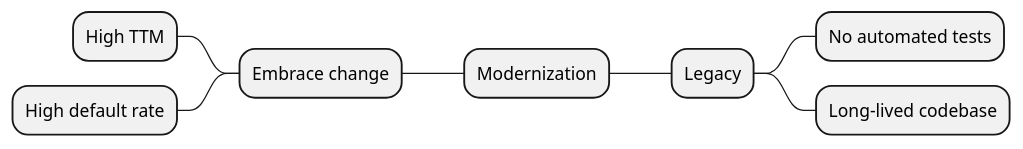
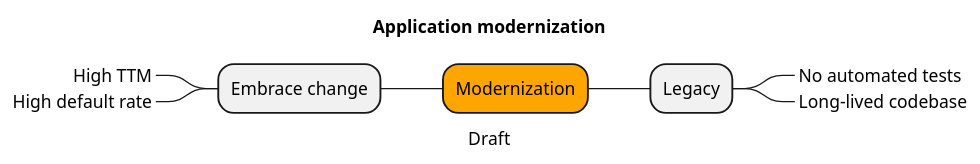
Before and after one commit to octo-topi/application-modernization: the diagram in mindmap.puml, drawn with PlantUML. The commit also changed other lines of this file, not shown here.

Commit message:
Add style

```diff
--- a/mindmap.puml
+++ b/mindmap.puml
@@ -1,9 +1,12 @@
 @startmindmap
-+ Modernization
+caption Draft
+title Application modernization
+
++[#Orange] Modernization
 ++ Legacy
-+++ No automated tests
-+++ Long-lived codebase
++++_ No automated tests
++++_ Long-lived codebase
 -- Embrace change
---- High TTM
---- High default rate
+---_ High TTM
+---_ High default rate
 @endmindmap
```
